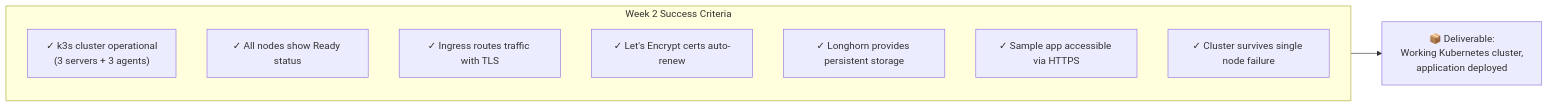
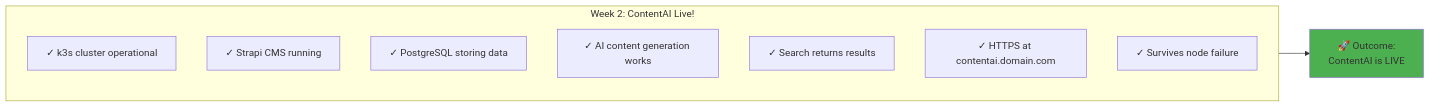
Before and after one commit to PearlThoughtsInternship/Internship-Obsidian-Vault: the third of 6 diagrams in DevOps/04-Internship/02-Week-by-Week.md, drawn with Mermaid. The commit also changed other lines of this file and 4 other files, not shown here.

First line of the commit message:
Reframe all internship docs around ContentAI product narrative

````diff
--- a/DevOps/04-Internship/02-Week-by-Week.md
+++ b/DevOps/04-Internship/02-Week-by-Week.md
@@ -146,16 +147,18 @@
 ```mermaid
 flowchart LR
-    subgraph Success["Week 2 Success Criteria"]
-        C1["✓ k3s cluster operational<br/>(3 servers + 3 agents)"]
-        C2["✓ All nodes show Ready status"]
-        C3["✓ Ingress routes traffic with TLS"]
-        C4["✓ Let's Encrypt certs auto-renew"]
-        C5["✓ Longhorn provides persistent storage"]
-        C6["✓ Sample app accessible via HTTPS"]
-        C7["✓ Cluster survives single node failure"]
+    subgraph Success["Week 2: ContentAI Live!"]
+        C1["✓ k3s cluster operational"]
+        C2["✓ Strapi CMS running"]
+        C3["✓ PostgreSQL storing data"]
+        C4["✓ AI content generation works"]
+        C5["✓ Search returns results"]
+        C6["✓ HTTPS at contentai.domain.com"]
+        C7["✓ Survives node failure"]
     end
 
-    Deliverable["📦 Deliverable:<br/>Working Kubernetes cluster,<br/>application deployed"]
+    Outcome["🚀 Outcome:\nContentAI is LIVE"]
 
-    Success --> Deliverable
+    Success --> Outcome
+
+    style Outcome fill:#4CAF50
 ```
````
